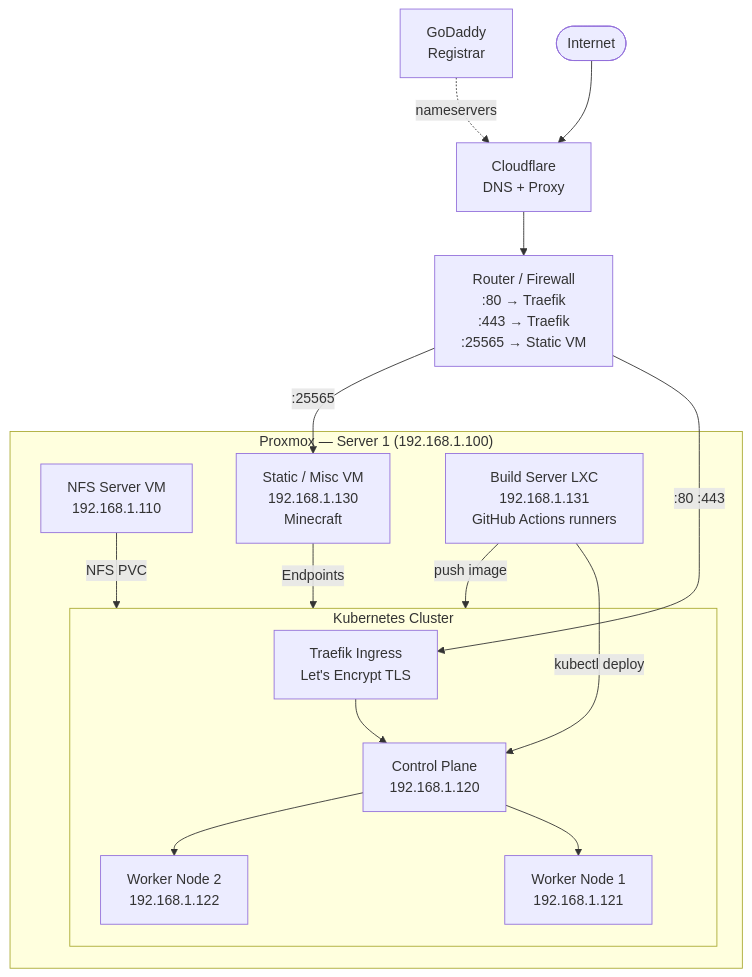
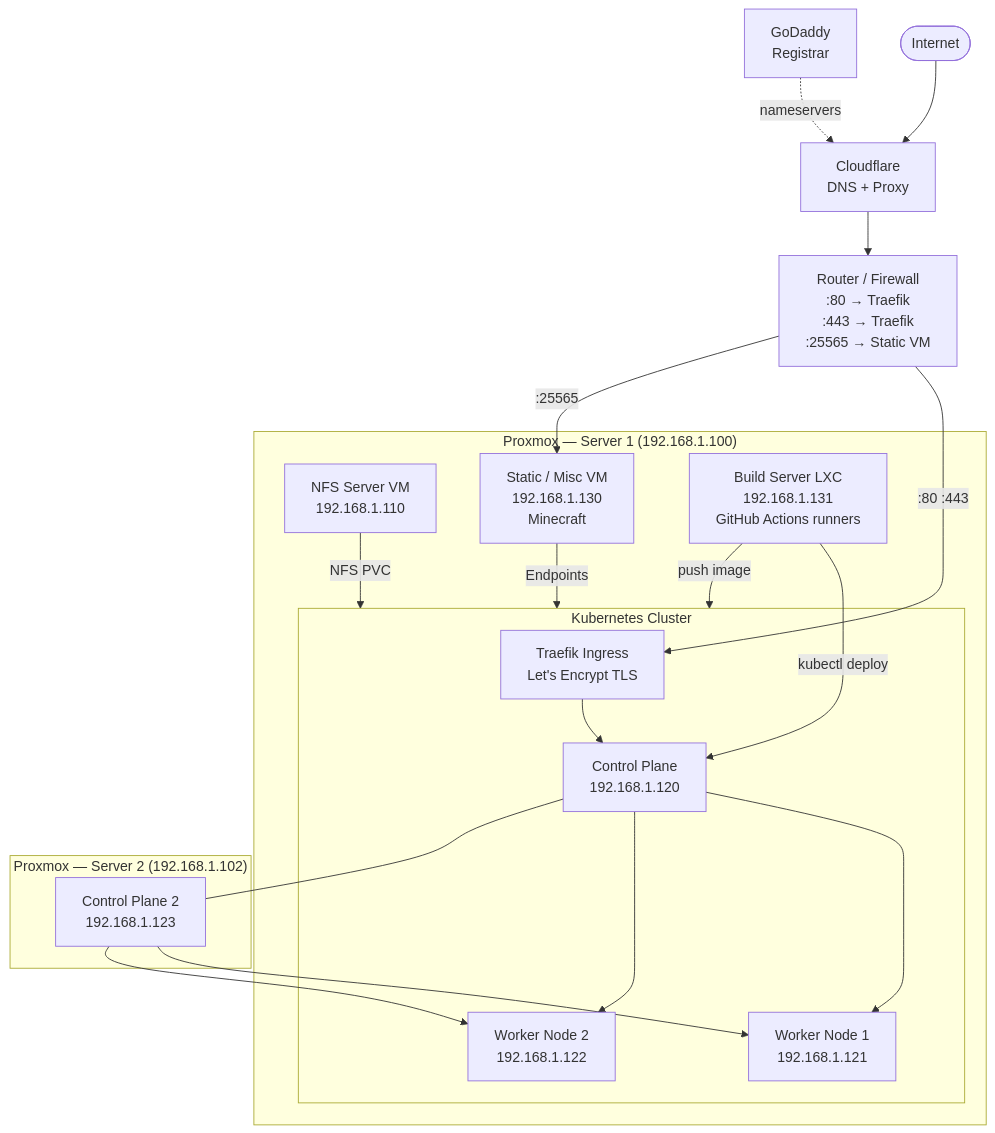
The diagram in README.md (Ramphy0x90/r16a-infra), drawn with Mermaid before and after one commit. The commit also changed other lines of this file, not shown here.

Commit message:
min: update readme graph

````diff
--- a/README.md
+++ b/README.md
@@ -39,34 +39,42 @@
 ```mermaid
 graph TD
     Internet([Internet])
     CF[Cloudflare<br>DNS + Proxy]
     GD[GoDaddy<br>Registrar]
     Router[Router / Firewall<br>:80 → Traefik<br>:443 → Traefik<br>:25565 → Static VM]
 
     Internet --> CF
     GD -.->|nameservers| CF
     CF --> Router
 
     subgraph Proxmox ["Proxmox — Server 1 (192.168.1.100)"]
         NFS[NFS Server VM<br>192.168.1.110]
         StaticVM[Static / Misc VM<br>192.168.1.130<br>Minecraft]
         BuildLXC[Build Server LXC<br>192.168.1.131<br>GitHub Actions runners]
 
         subgraph K8S ["Kubernetes Cluster"]
             Traefik[Traefik Ingress<br>Let's Encrypt TLS]
             CP[Control Plane<br>192.168.1.120]
             W1[Worker Node 1<br>192.168.1.121]
             W2[Worker Node 2<br>192.168.1.122]
             Traefik --> CP
             CP --> W1
             CP --> W2
         end
     end
 
+    subgraph Proxmox2 ["Proxmox — Server 2 (192.168.1.102)"]
+        CP2[Control Plane 2<br>192.168.1.123]
+    end
+
+    CP --- CP2
+    CP2 --> W1
+    CP2 --> W2
+
     Router -->|:80 :443| Traefik
     Router -->|:25565| StaticVM
     BuildLXC -->|kubectl deploy| CP
     BuildLXC -->|push image| K8S
     NFS -->|NFS PVC| K8S
     StaticVM -->|Endpoints| K8S
 ```
````
